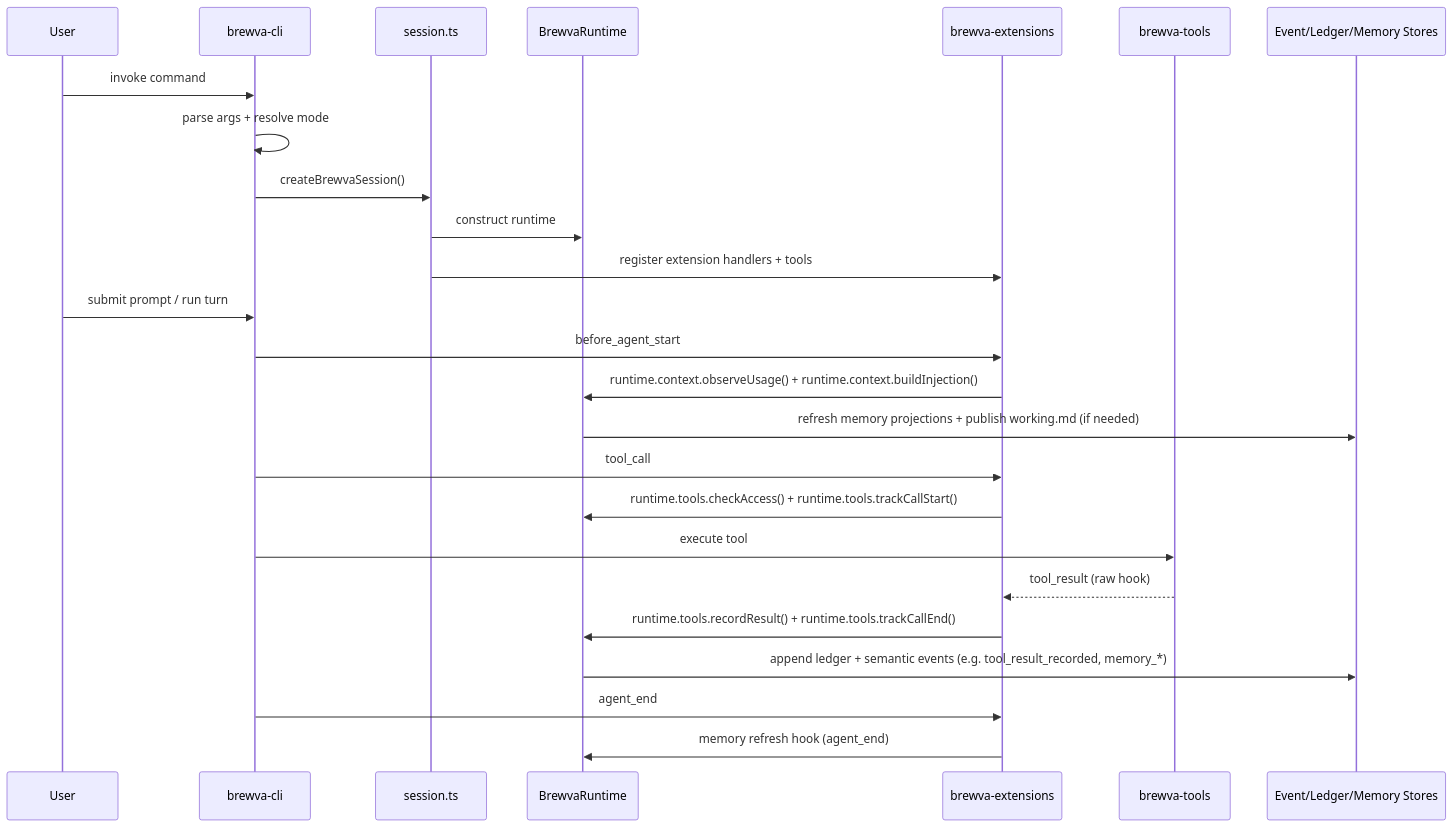
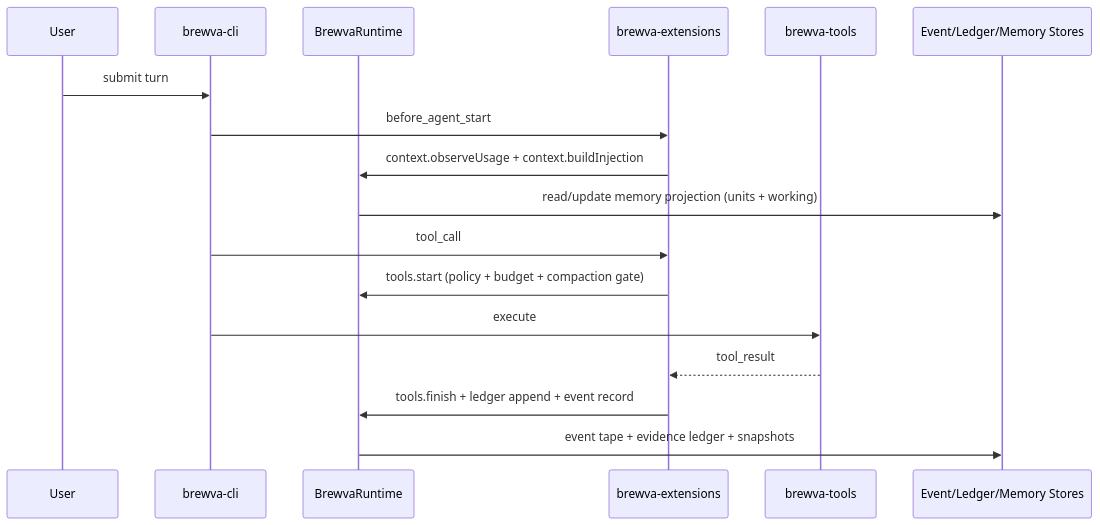
Before and after one commit to arcthur/brewva: the first of 6 diagrams in docs/architecture/control-and-data-flow.md, drawn with Mermaid. The commit also changed other lines of this file and 174 other files, not shown here.

````diff
--- a/docs/architecture/control-and-data-flow.md
+++ b/docs/architecture/control-and-data-flow.md
@@ -8,28 +7,20 @@
 ```mermaid
 sequenceDiagram
   participant U as User
   participant CLI as brewva-cli
-  participant SES as session.ts
   participant RT as BrewvaRuntime
   participant EXT as brewva-extensions
   participant TOOLS as brewva-tools
-  participant STORES as Event/Ledger/Memory Stores
+  participant STORE as Event/Ledger/Memory Stores
 
-  U->>CLI: invoke command
-  CLI->>CLI: parse args + resolve mode
-  CLI->>SES: createBrewvaSession()
-  SES->>RT: construct runtime
-  SES->>EXT: register extension handlers + tools
-  U->>CLI: submit prompt / run turn
+  U->>CLI: submit turn
   CLI->>EXT: before_agent_start
-  EXT->>RT: runtime.context.observeUsage() + runtime.context.buildInjection()
-  RT->>STORES: refresh memory projections + publish working.md (if needed)
+  EXT->>RT: context.observeUsage + context.buildInjection
+  RT->>STORE: read/update memory projection (units + working)
   CLI->>EXT: tool_call
-  EXT->>RT: runtime.tools.checkAccess() + runtime.tools.trackCallStart()
-  CLI->>TOOLS: execute tool
-  TOOLS-->>EXT: tool_result (raw hook)
-  EXT->>RT: runtime.tools.recordResult() + runtime.tools.trackCallEnd()
-  RT->>STORES: append ledger + semantic events (e.g. tool_result_recorded, memory_*)
-  CLI->>EXT: agent_end
-  EXT->>RT: memory refresh hook (agent_end)
+  EXT->>RT: tools.start (policy + budget + compaction gate)
+  CLI->>TOOLS: execute
+  TOOLS-->>EXT: tool_result
+  EXT->>RT: tools.finish + ledger append + event record
+  RT->>STORE: event tape + evidence ledger + snapshots
 ```
````
